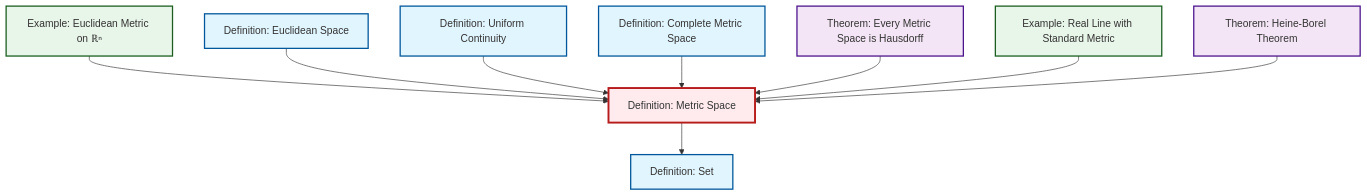
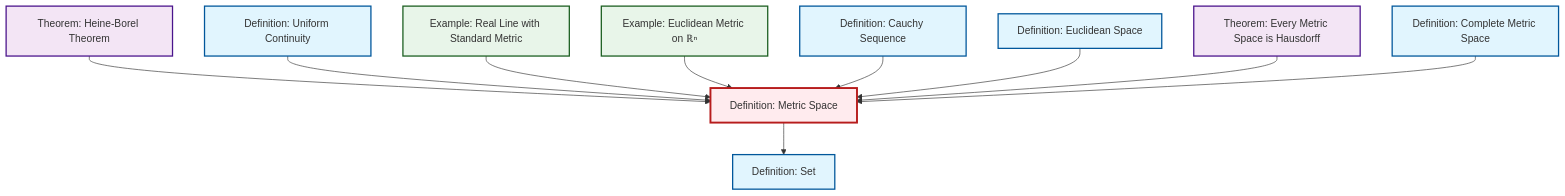
The diagram in output/mermaid/def-metric-space.mermaid (RK0429/ModernMath), drawn with Mermaid before and after one commit. The commit also changed 1509 other files, not shown here.

```diff
--- a/output/mermaid/def-metric-space.mermaid
+++ b/output/mermaid/def-metric-space.mermaid
@@ -1,25 +1,27 @@
 %%| fig-cap: "Local dependency graph"
 graph TD
     classDef definition fill:#e1f5fe,stroke:#01579b,stroke-width:2px
     classDef theorem fill:#f3e5f5,stroke:#4a148c,stroke-width:2px
     classDef axiom fill:#fff3e0,stroke:#e65100,stroke-width:2px
     classDef example fill:#e8f5e9,stroke:#1b5e20,stroke-width:2px
     classDef current fill:#ffebee,stroke:#b71c1c,stroke-width:3px
-    def-complete-metric-space["Definition: Complete Metric Space"]:::definition
+    thm-heine-borel["Theorem: Heine-Borel Theorem"]:::theorem
+    ex-euclidean-metric["Example: Euclidean Metric on ℝⁿ"]:::example
+    ex-real-line-metric["Example: Real Line with Standard Metric"]:::example
+    def-cauchy-sequence["Definition: Cauchy Sequence"]:::definition
     def-set["Definition: Set"]:::definition
-    def-metric-space["Definition: Metric Space"]:::definition
-    ex-euclidean-metric["Example: Euclidean Metric on ℝⁿ"]:::example
     thm-metric-hausdorff["Theorem: Every Metric Space is Hausdorff"]:::theorem
     def-uniform-continuity["Definition: Uniform Continuity"]:::definition
     def-euclidean-space["Definition: Euclidean Space"]:::definition
-    thm-heine-borel["Theorem: Heine-Borel Theorem"]:::theorem
-    ex-real-line-metric["Example: Real Line with Standard Metric"]:::example
+    def-metric-space["Definition: Metric Space"]:::definition
+    def-complete-metric-space["Definition: Complete Metric Space"]:::definition
+    thm-heine-borel --> def-metric-space
+    def-uniform-continuity --> def-metric-space
+    ex-real-line-metric --> def-metric-space
+    ex-euclidean-metric --> def-metric-space
+    def-cauchy-sequence --> def-metric-space
+    def-euclidean-space --> def-metric-space
+    thm-metric-hausdorff --> def-metric-space
     def-metric-space --> def-set
-    ex-euclidean-metric --> def-metric-space
-    def-euclidean-space --> def-metric-space
-    def-uniform-continuity --> def-metric-space
     def-complete-metric-space --> def-metric-space
-    thm-metric-hausdorff --> def-metric-space
-    ex-real-line-metric --> def-metric-space
-    thm-heine-borel --> def-metric-space
     class def-metric-space current
```
